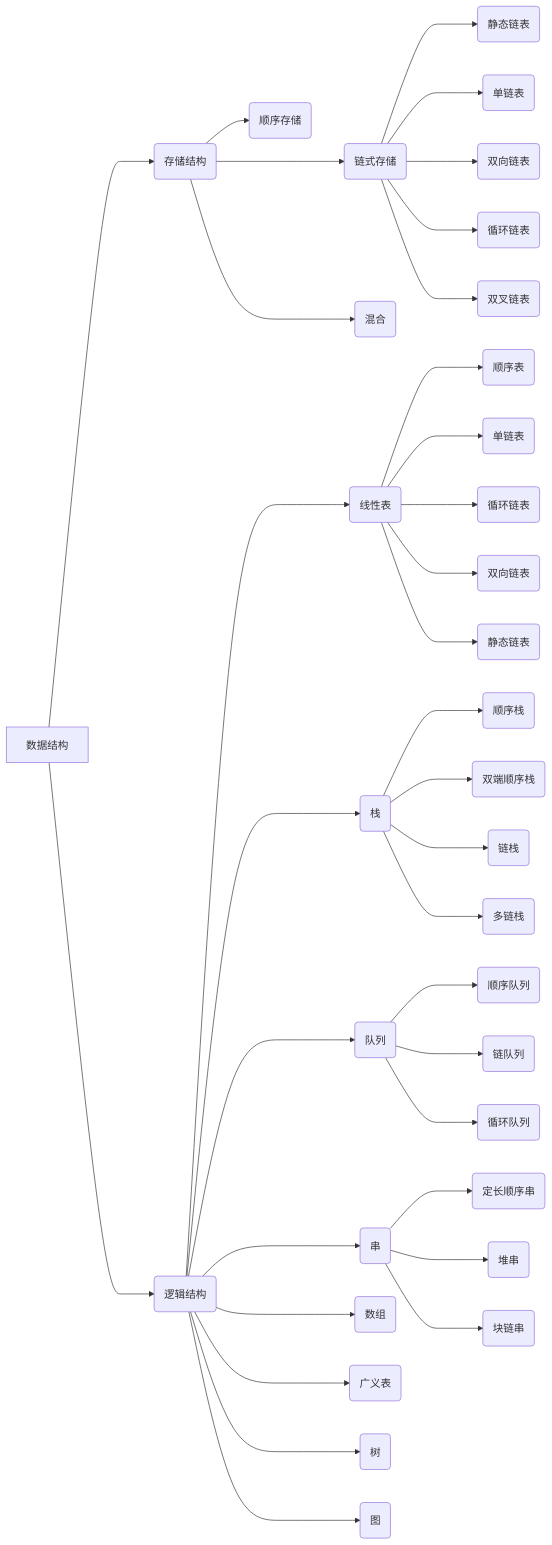
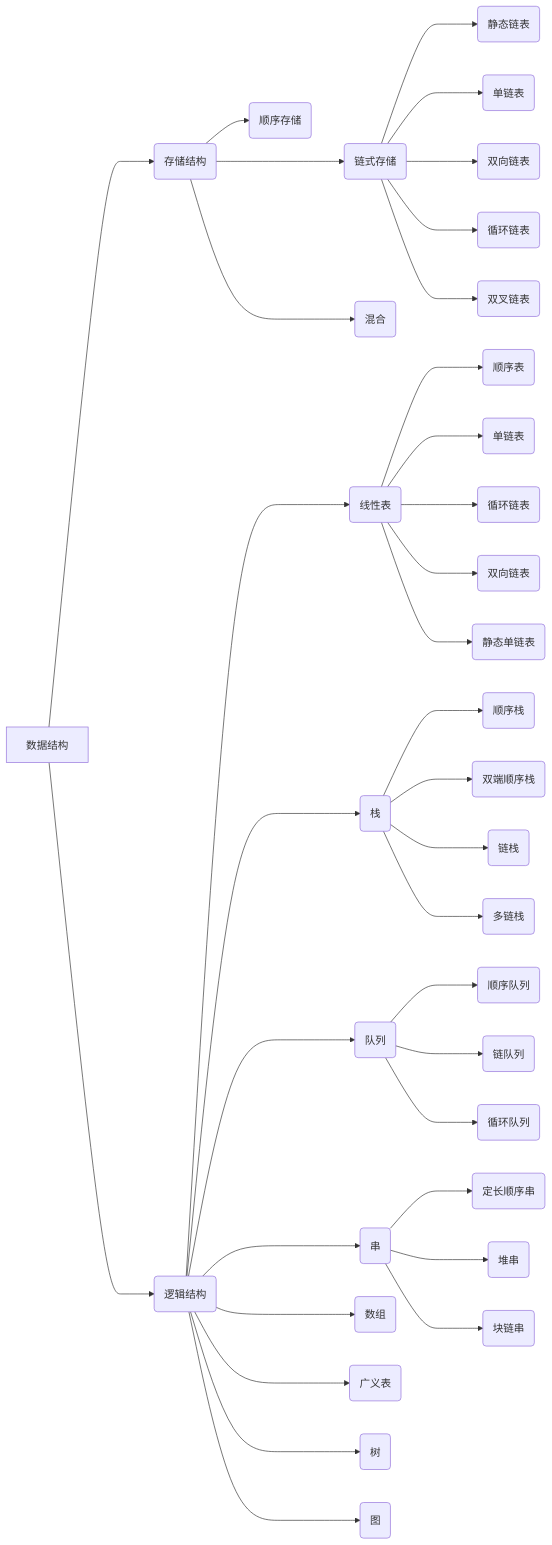
One commit to mumu176/learnc changed the diagram in md/Data Struct .md. Above: the diagram before and after it, drawn with Mermaid.

````diff
--- a/md/Data Struct .md
+++ b/md/Data Struct .md
@@ -5,45 +5,45 @@
 ```mermaid
 graph LR
 A[数据结构]
 A--->B1(存储结构)
 A--->B2(逻辑结构)
 
 B1-->B11(顺序存储)
 B1--->B12(链式存储)
 B1--->B13(混合)
 B2--->B20(线性表)
 B2--->B21(栈)
 B2--->B22(队列)
 B2--->B23(串)
 B2--->B24(数组)
 B2--->B25(广义表)
 B2--->B26(树)
 B2--->B27(图)
 
 B12--->B120(静态链表)
 B12--->B121(单链表)
 B12--->B122(双向链表)
 B12--->B123(循环链表)
 B12--->B124(双叉链表)
 
 B20--->B201(顺序表)
 B20--->B202(单链表)
 B20--->B203(循环链表)
 B20--->B204(双向链表)
-B20--->B205(静态链表)
+B20--->B205(静态单链表)
 
 B21--->B211(顺序栈)
 B21--->B212(双端顺序栈)
 B21--->B213(链栈)
 B21--->B214(多链栈)
 
 B22--->B221(顺序队列)
 B22--->B222(链队列)
 B22--->B223(循环队列)
 
 B23--->B231(定长顺序串)
 B23--->B232(堆串)
 B23--->B233(块链串)
 
 
 ```
````
